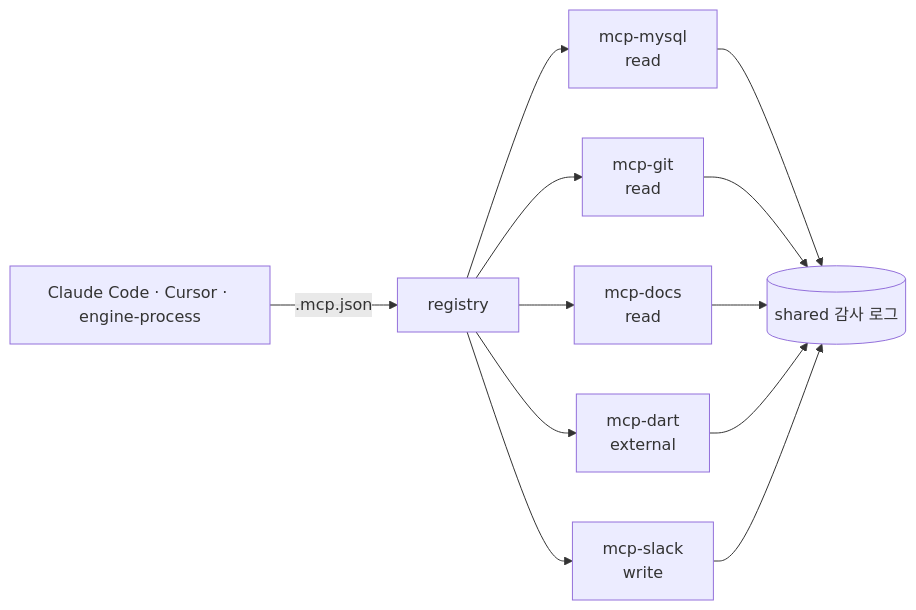
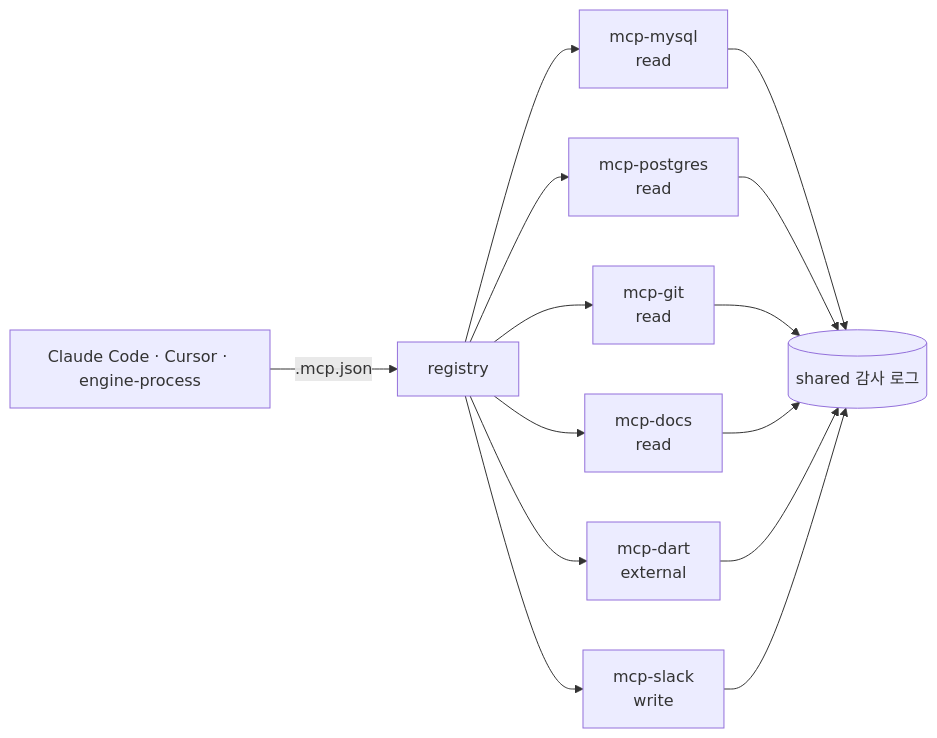
One commit to devcy0922/devcy0922.github.io changed the diagram in docs/lab/vibe-mcp.md. Above: the diagram before and after it, drawn with Mermaid. The commit also changed other lines of this file and 13 other files, not shown here.

````diff
--- a/docs/lab/vibe-mcp.md
+++ b/docs/lab/vibe-mcp.md
@@ -74,10 +75,11 @@
 ```mermaid
 flowchart LR
     Client["Claude Code · Cursor · engine-process"] -->|.mcp.json| Reg["registry"]
     Reg --> MySQL["mcp-mysql<br/>read"]
+    Reg --> PG["mcp-postgres<br/>read"]
     Reg --> Git["mcp-git<br/>read"]
     Reg --> Docs["mcp-docs<br/>read"]
     Reg --> Dart["mcp-dart<br/>external"]
     Reg --> Slack["mcp-slack<br/>write"]
-    MySQL & Git & Docs & Dart & Slack --> Audit[("shared 감사 로그")]
+    MySQL & PG & Git & Docs & Dart & Slack --> Audit[("shared 감사 로그")]
 ```
````
